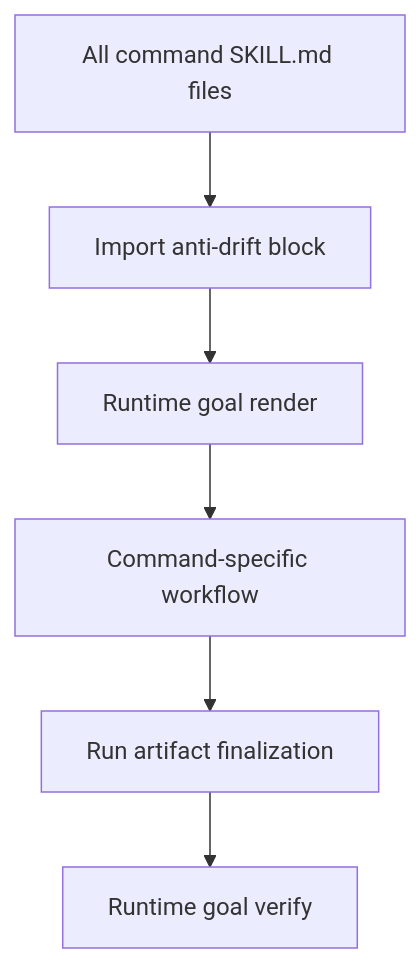
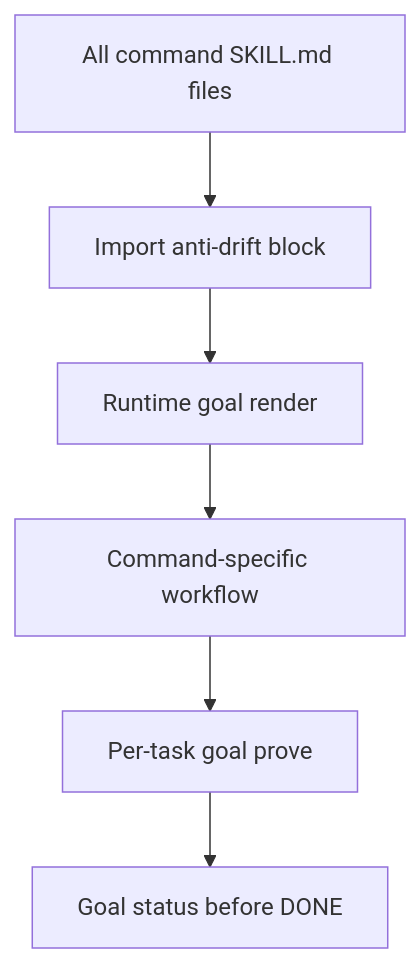
The third of 4 diagrams in .specs/features/052-deterministic-command-goal-contracts/spec.md (julien-m/livespec), drawn with Mermaid before and after one commit. The commit also changed other lines of this file and 96 other files, not shown here.

````diff
--- a/.specs/features/052-deterministic-command-goal-contracts/spec.md
+++ b/.specs/features/052-deterministic-command-goal-contracts/spec.md
@@ -121,8 +120,8 @@
 ```mermaid
 flowchart TD
     A[All command SKILL.md files] --> B[Import anti-drift block]
     B --> C[Runtime goal render]
     C --> D[Command-specific workflow]
-    D --> E[Run artifact finalization]
-    E --> F[Runtime goal verify]
+    D --> E[Per-task goal prove]
+    E --> F[Goal status before DONE]
 ```
````
